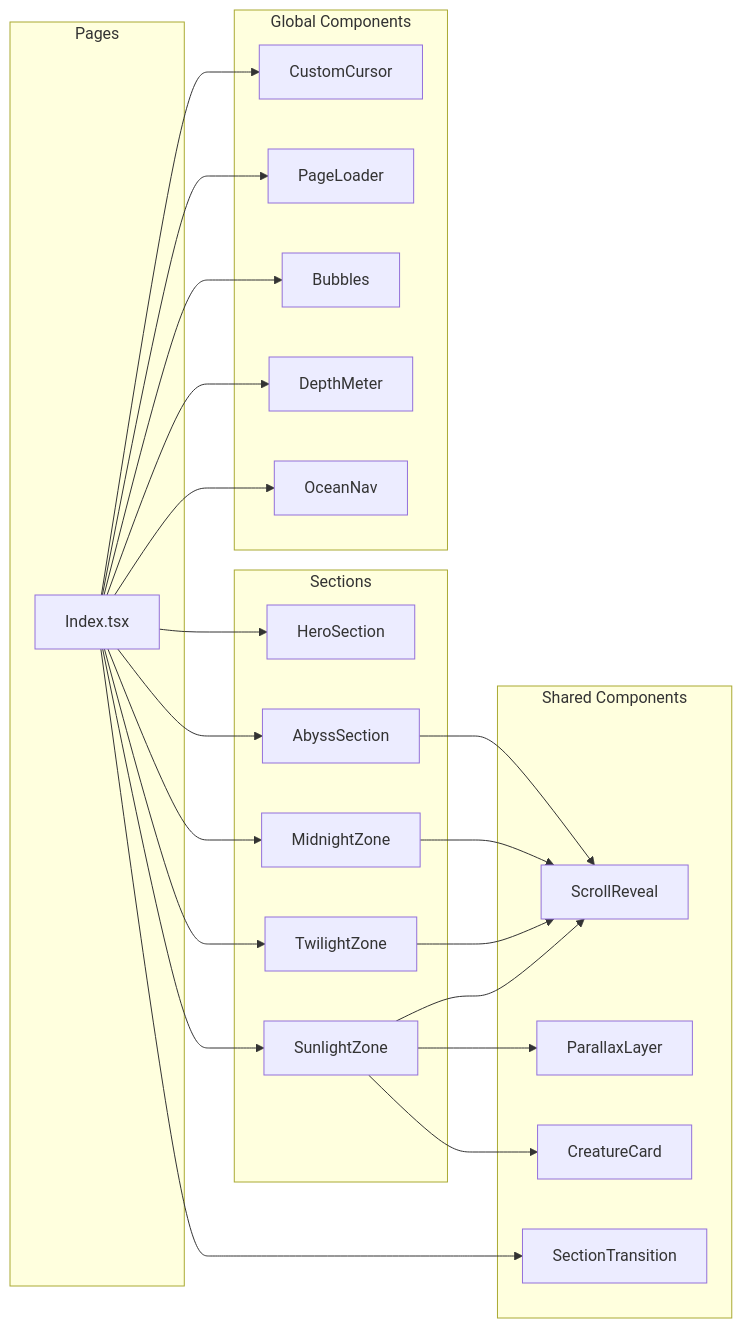
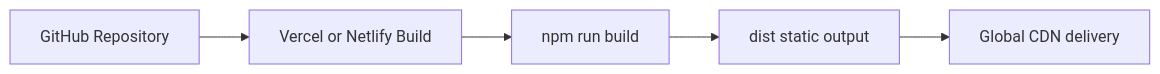
The sixth of 6 diagrams in architecture.md (ramalokeshreddyp/Abyss-Atlas), drawn with Mermaid before and after one commit. The commit also changed other lines of this file and 21 other files, not shown here.

````diff
--- a/architecture.md
+++ b/architecture.md
@@ -99,36 +161,7 @@
 ```mermaid
-graph LR
-    subgraph Pages
-        A[Index.tsx]
-    end
-    
-    subgraph Sections
-        B[HeroSection]
-        C[SunlightZone]
-        D[TwilightZone]
-        E[MidnightZone]
-        F[AbyssSection]
-    end
-    
-    subgraph Shared Components
-        G[ScrollReveal]
-        H[ParallaxLayer]
-        I[CreatureCard]
-        J[SectionTransition]
-    end
-    
-    subgraph Global Components
-        K[CustomCursor]
-        L[PageLoader]
-        M[Bubbles]
-        N[DepthMeter]
-        O[OceanNav]
-    end
-    
-    A --> B & C & D & E & F
-    A --> J & K & L & M & N & O
-    C --> G & H & I
-    D --> G
-    E --> G
-    F --> G
+flowchart LR
+    A[GitHub Repository] --> B[Vercel or Netlify Build]
+    B --> C[npm run build]
+    C --> D[dist static output]
+    D --> E[Global CDN delivery]
 ```
````
